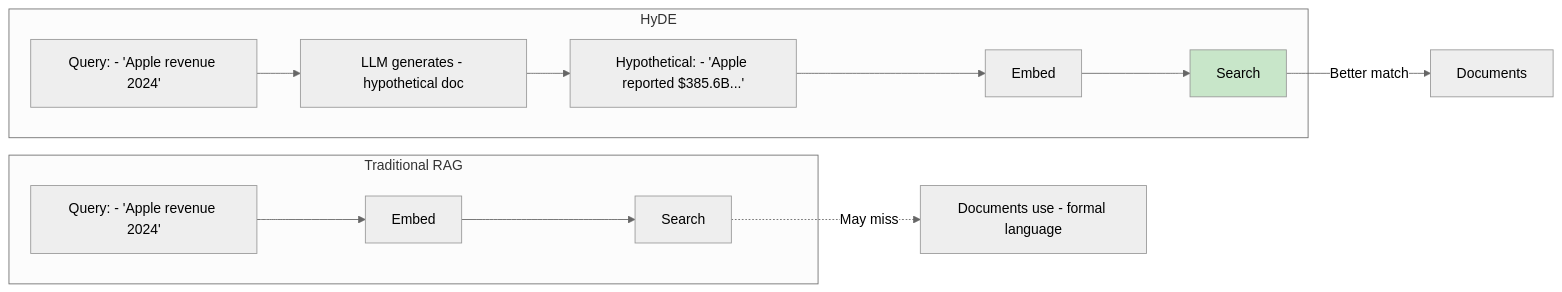
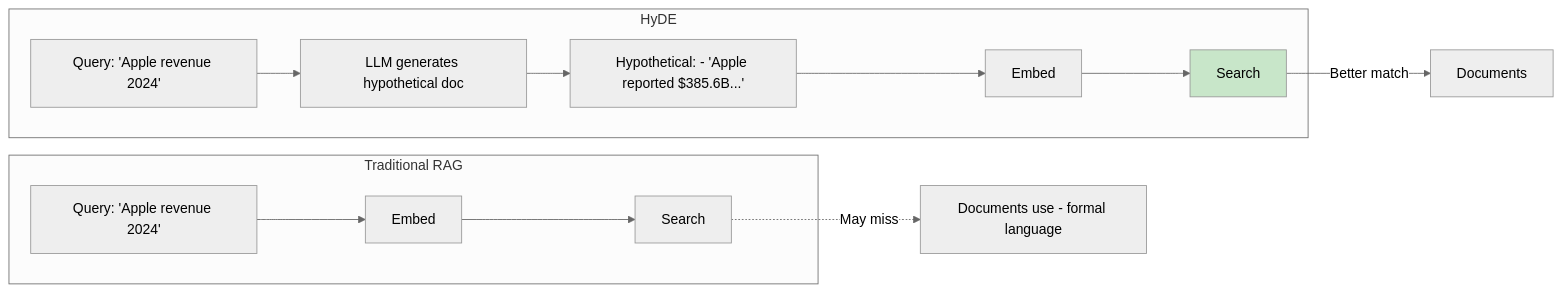
One commit to indhra/llm_rag_sec_findings changed the first of 10 diagrams in docs/learning/08-advanced-rag.md. Above: the diagram before and after it, drawn with Mermaid (neutral theme). The commit also changed other lines of this file and 9 other files, not shown here.

````diff
--- a/docs/learning/08-advanced-rag.md
+++ b/docs/learning/08-advanced-rag.md
@@ -26,17 +26,17 @@
 ```mermaid
 graph LR
     subgraph "Traditional RAG"
-        Q1[Query: - 'Apple revenue 2024'] --> E1[Embed] --> S1[Search]
+        Q1["Query: 'Apple revenue 2024'"] --> E1["Embed"] --> S1["Search"]
     end
     
     subgraph "HyDE"
-        Q2[Query: - 'Apple revenue 2024'] --> L[LLM generates - hypothetical doc]
+        Q2["Query: 'Apple revenue 2024'"] --> L["LLM generates hypothetical doc"]
         L --> H[Hypothetical: - 'Apple reported $385.6B...']
         H --> E2[Embed] --> S2[Search]
     end
     
-    S1 -.->|May miss| R1[Documents use - formal language]
+    S1 -.->|May miss| R1["Documents use - formal language"]
     S2 --> |Better match| R2[Documents]
     
     style S2 fill:#c8e6c9
 ```
````
